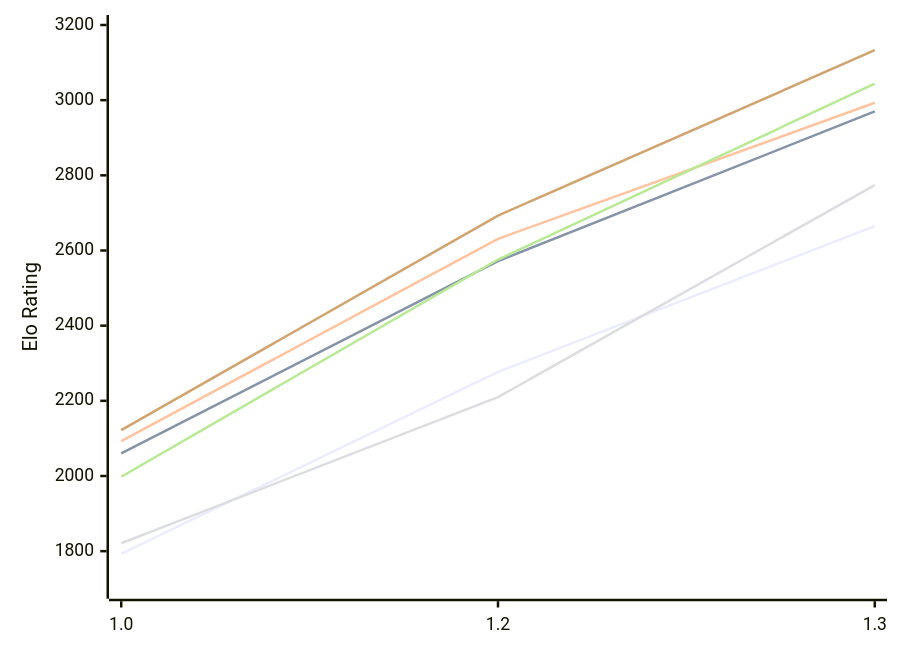
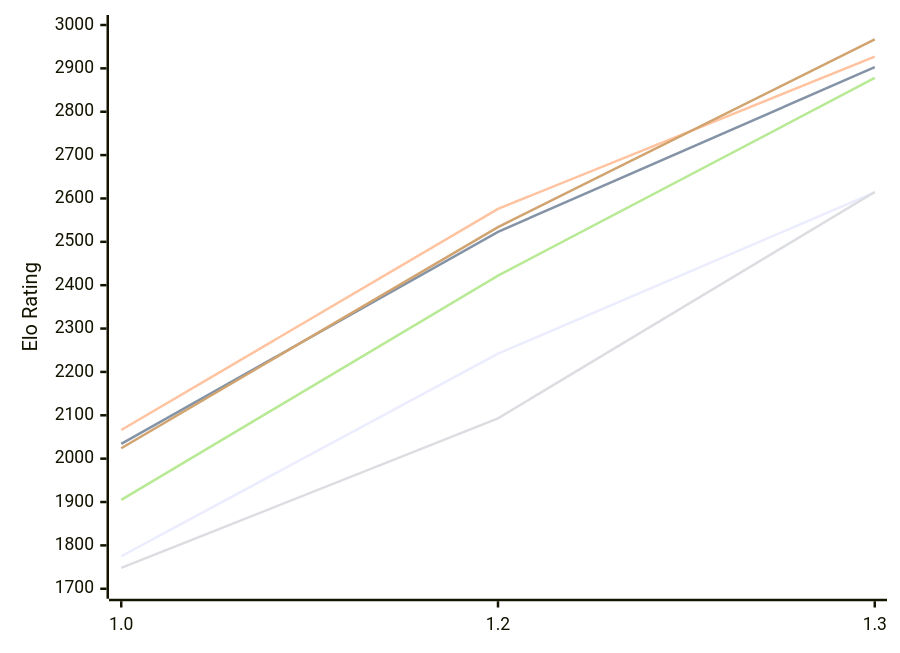
Before and after one commit to computer-chess-index/cci: the first of 2 diagrams in engines/Echekinator.md, drawn with Mermaid. The commit also changed other lines of this file, not shown here.

Commit message:
Update CCI Ratings (ELO VLTC) - 2026-11-13

````diff
--- a/engines/Echekinator.md
+++ b/engines/Echekinator.md
@@ -52,12 +52,12 @@
 ```mermaid
 %%{init: {"theme":"base","themeVariables":{"seriesColors:['#a3a3a3','#222221','#faa371']}}}%%
 xychart-beta
   x-axis ["1.0", "1.2", "1.3"]
-  y-axis "Elo Rating" 1700 --> 3200
-  line "E1: STC (8.0+0.08s)" [1793, 2277, 2665]
-  line "E1: LTC (60.0+0.60s)" [2060, 2572, 2970]
-  line "E1: VLTC (2m24s+1.12s)" [2093, 2631, 2993]
-  line "P1: STC (8.0+0.08s)" [1821, 2210, 2774]
-  line "P1: LTC (60.0+0.60s)" [1998, 2576, 3044]
-  line "P1: VLTC (2m24s+1.12s)" [2122, 2693, 3133]
+  y-axis "Elo Rating" 1700 --> 3000
+  line "E1: STC (8.0+0.08s)" [1775, 2242, 2614]
+  line "E1: LTC (60.0+0.60s)" [2034, 2523, 2903]
+  line "E1: VLTC (2m24s+1.12s)" [2066, 2576, 2927]
+  line "P1: STC (8.0+0.08s)" [1748, 2093, 2615]
+  line "P1: LTC (60.0+0.60s)" [1905, 2422, 2878]
+  line "P1: VLTC (2m24s+1.12s)" [2024, 2534, 2967]
 ```
````
